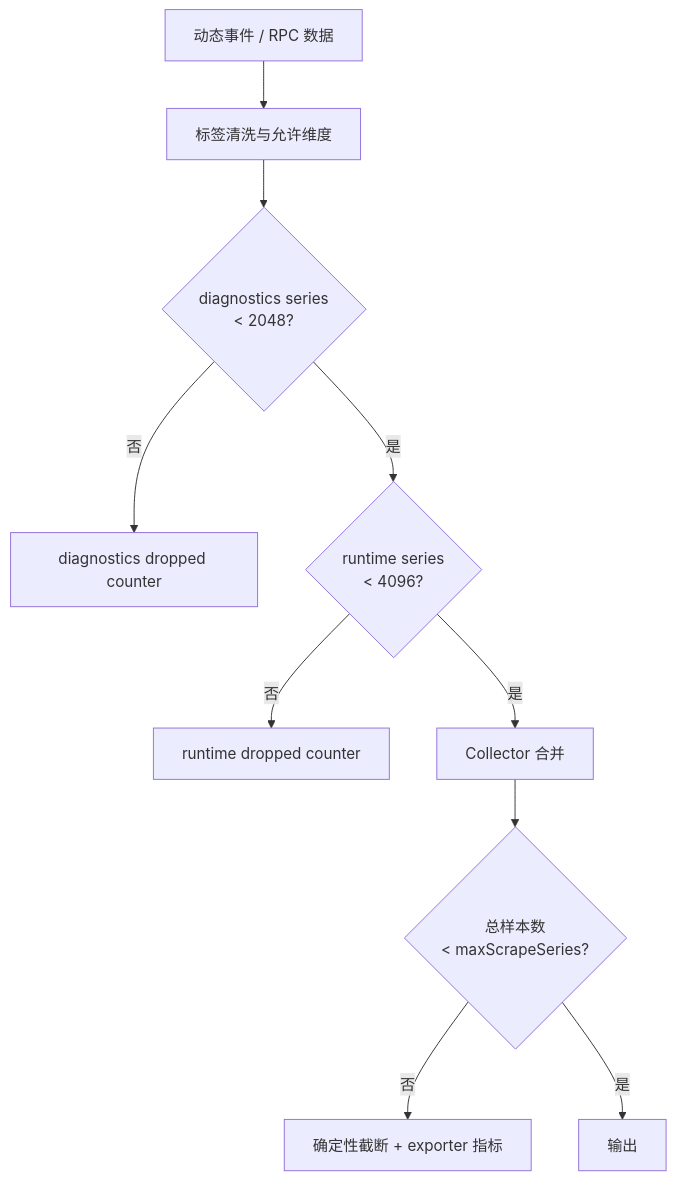
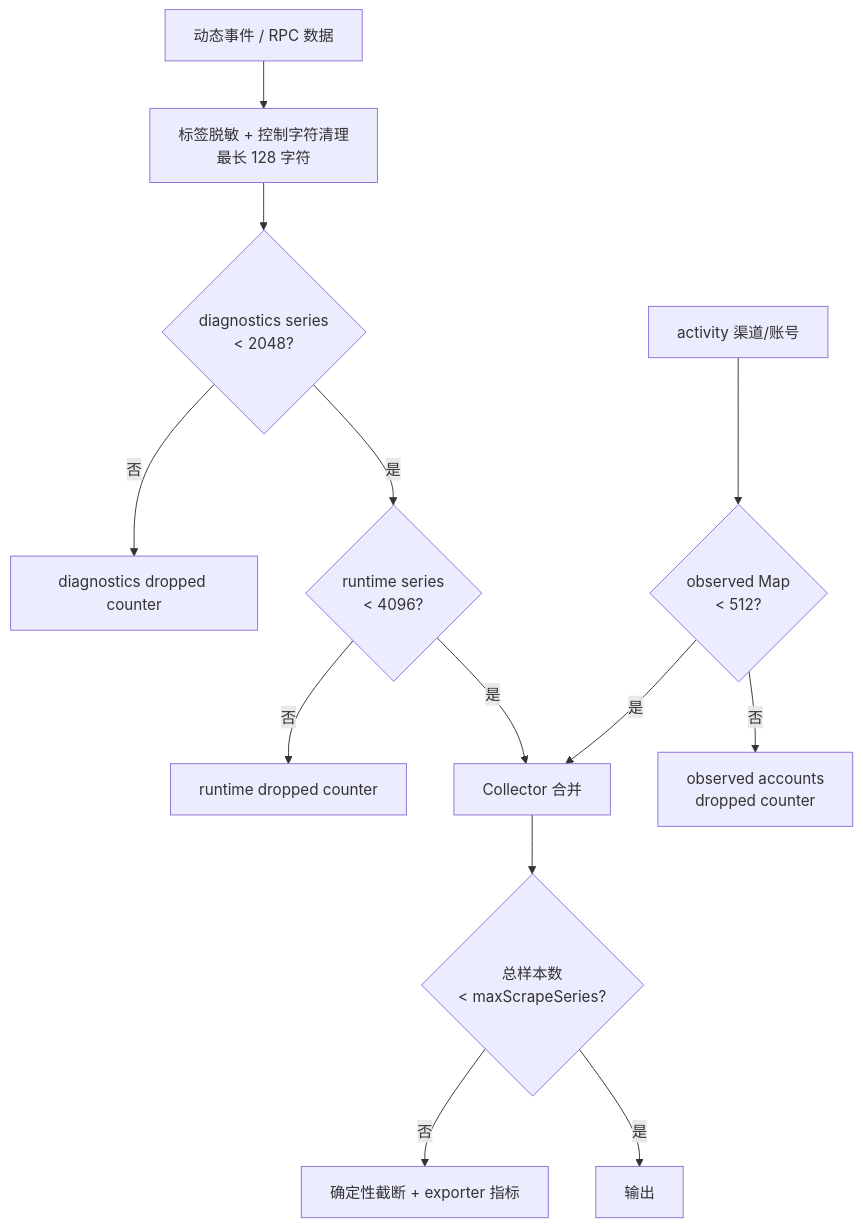
Before and after one commit to partme-ai/openclaw-plugins: the fourth of 4 diagrams in doc/prometheus/zh/OpenClaw-Prometheus-Architecture_CN.md, drawn with Mermaid. The commit also changed other lines of this file and 91 other files, not shown here.

````diff
--- a/doc/prometheus/zh/OpenClaw-Prometheus-Architecture_CN.md
+++ b/doc/prometheus/zh/OpenClaw-Prometheus-Architecture_CN.md
@@ -159,12 +225,15 @@
 ```mermaid
 flowchart TD
-    INPUT["动态事件 / RPC 数据"] --> LABEL["标签清洗与允许维度"]
+    INPUT["动态事件 / RPC 数据"] --> LABEL["标签脱敏 + 控制字符清理<br/>最长 128 字符"]
     LABEL --> DSTORE{"diagnostics series<br/>< 2048?"}
     DSTORE -- 否 --> DDROP["diagnostics dropped counter"]
     DSTORE -- 是 --> RSTORE{"runtime series<br/>< 4096?"}
     RSTORE -- 否 --> RDROP["runtime dropped counter"]
     RSTORE -- 是 --> MERGE["Collector 合并"]
+    ACCOUNT["activity 渠道/账号"] --> AMAP{"observed Map<br/>< 512?"}
+    AMAP -- 否 --> ADROP["observed accounts<br/>dropped counter"]
+    AMAP -- 是 --> MERGE
     MERGE --> FINAL{"总样本数<br/>< maxScrapeSeries?"}
     FINAL -- 否 --> TRUNCATE["确定性截断 + exporter 指标"]
     FINAL -- 是 --> OUTPUT["输出"]
 ```
````
